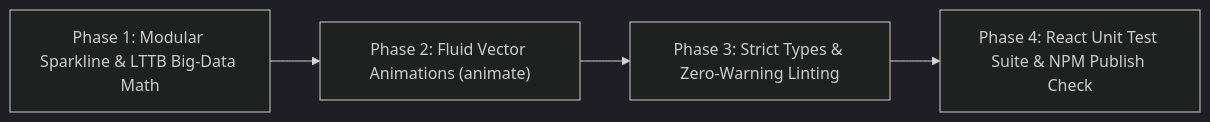
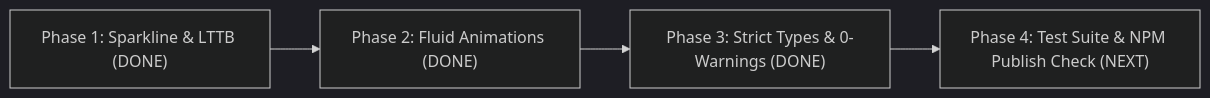
Before and after one commit to NofiniteHQ/stack: the diagram in implementation_plan.md, drawn with Mermaid (dark theme). The commit also changed other lines of this file and 12 other files, not shown here.

Commit message:
fix(charts): enforce strict types and eliminate all 89 lint warnings across core and react

````diff
--- a/implementation_plan.md
+++ b/implementation_plan.md
@@ -7,6 +10,6 @@
 ```mermaid
 graph LR
-    P1["Phase 1: Modular Sparkline & LTTB Big-Data Math"] --> P2["Phase 2: Fluid Vector Animations (animate)"]
-    P2 --> P3["Phase 3: Strict Types & Zero-Warning Linting"]
-    P3 --> P4["Phase 4: React Unit Test Suite & NPM Publish Check"]
+    P1["Phase 1: Sparkline & LTTB (DONE)"] --> P2["Phase 2: Fluid Animations (DONE)"]
+    P2 --> P3["Phase 3: Strict Types & 0-Warnings (DONE)"]
+    P3 --> P4["Phase 4: Test Suite & NPM Publish Check (NEXT)"]
 ```
````
